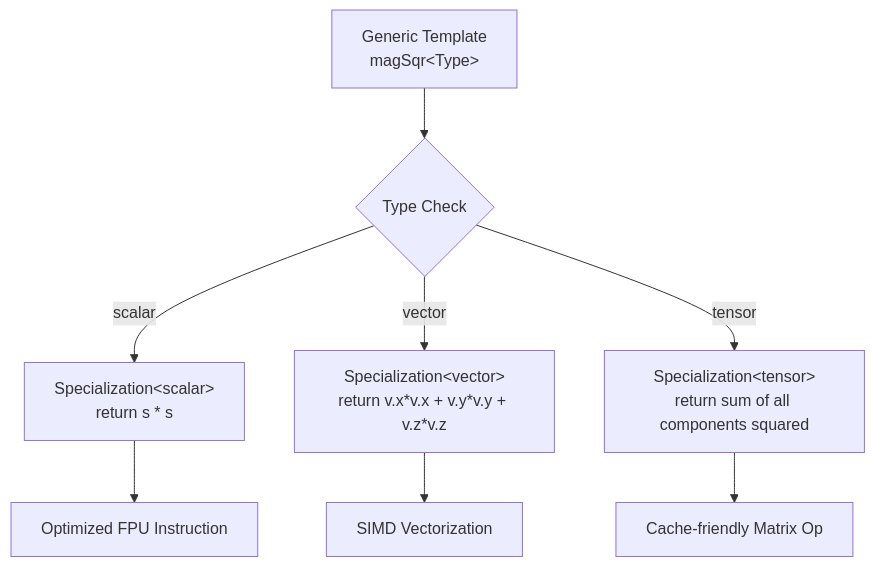
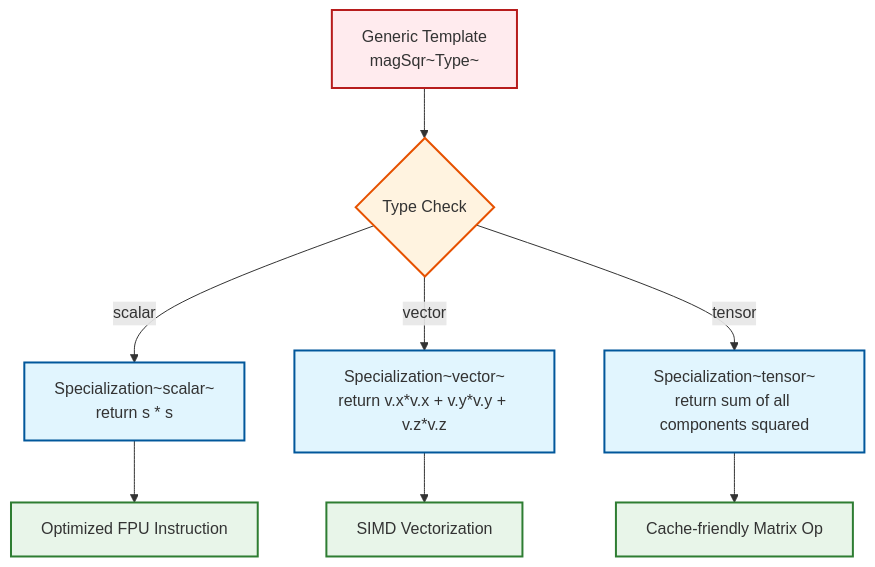
Before and after one commit to wramet/build-my-cfd: the diagram in MODULE_09_ADVANCED_TOPICS/CONTENT/01_TEMPLATE_PROGRAMMING/04_Instantiation_and_Specialization.md, drawn with Mermaid. The commit also changed 313 other files, not shown here.

Commit message:
Revise all diagram

````diff
--- a/MODULE_09_ADVANCED_TOPICS/CONTENT/01_TEMPLATE_PROGRAMMING/04_Instantiation_and_Specialization.md
+++ b/MODULE_09_ADVANCED_TOPICS/CONTENT/01_TEMPLATE_PROGRAMMING/04_Instantiation_and_Specialization.md
@@ -256,11 +256,14 @@
 ```mermaid
 graph TD
-    A[Generic Template<br/>magSqr&lt;Type&gt;] --> B{Type Check}
-    B -->|scalar| C[Specialization&lt;scalar&gt;<br/>return s * s]
-    B -->|vector| D[Specialization&lt;vector&gt;<br/>return v.x*v.x + v.y*v.y + v.z*v.z]
-    B -->|tensor| E[Specialization&lt;tensor&gt;<br/>return sum of all components squared]
-
-    C --> F[Optimized FPU Instruction]
-    D --> G[SIMD Vectorization]
-    E --> H[Cache-friendly Matrix Op]
+classDef implicit fill:#e1f5fe,stroke:#01579b,stroke-width:2px
+classDef explicit fill:#ffebee,stroke:#b71c1c,stroke-width:2px
+classDef success fill:#e8f5e9,stroke:#2e7d32,stroke-width:2px
+classDef warning fill:#fff3e0,stroke:#e65100,stroke-width:2px
+A[Generic Template<br/>magSqr~Type~]:::explicit --> B{Type Check}:::warning
+B -->|scalar| C[Specialization~scalar~<br/>return s * s]:::implicit
+B -->|vector| D[Specialization~vector~<br/>return v.x*v.x + v.y*v.y + v.z*v.z]:::implicit
+B -->|tensor| E[Specialization~tensor~<br/>return sum of all components squared]:::implicit
+C --> F[Optimized FPU Instruction]:::success
+D --> G[SIMD Vectorization]:::success
+E --> H[Cache-friendly Matrix Op]:::success
 ```
````
